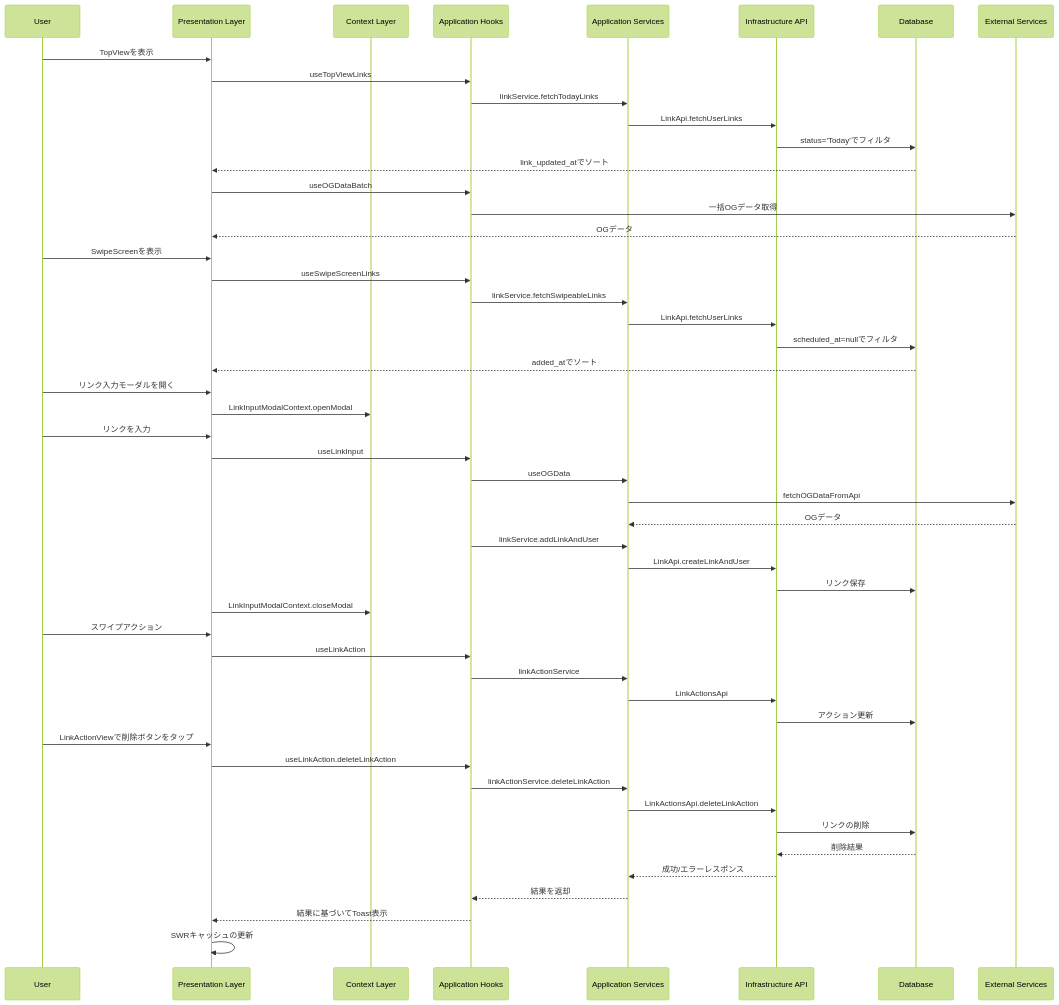
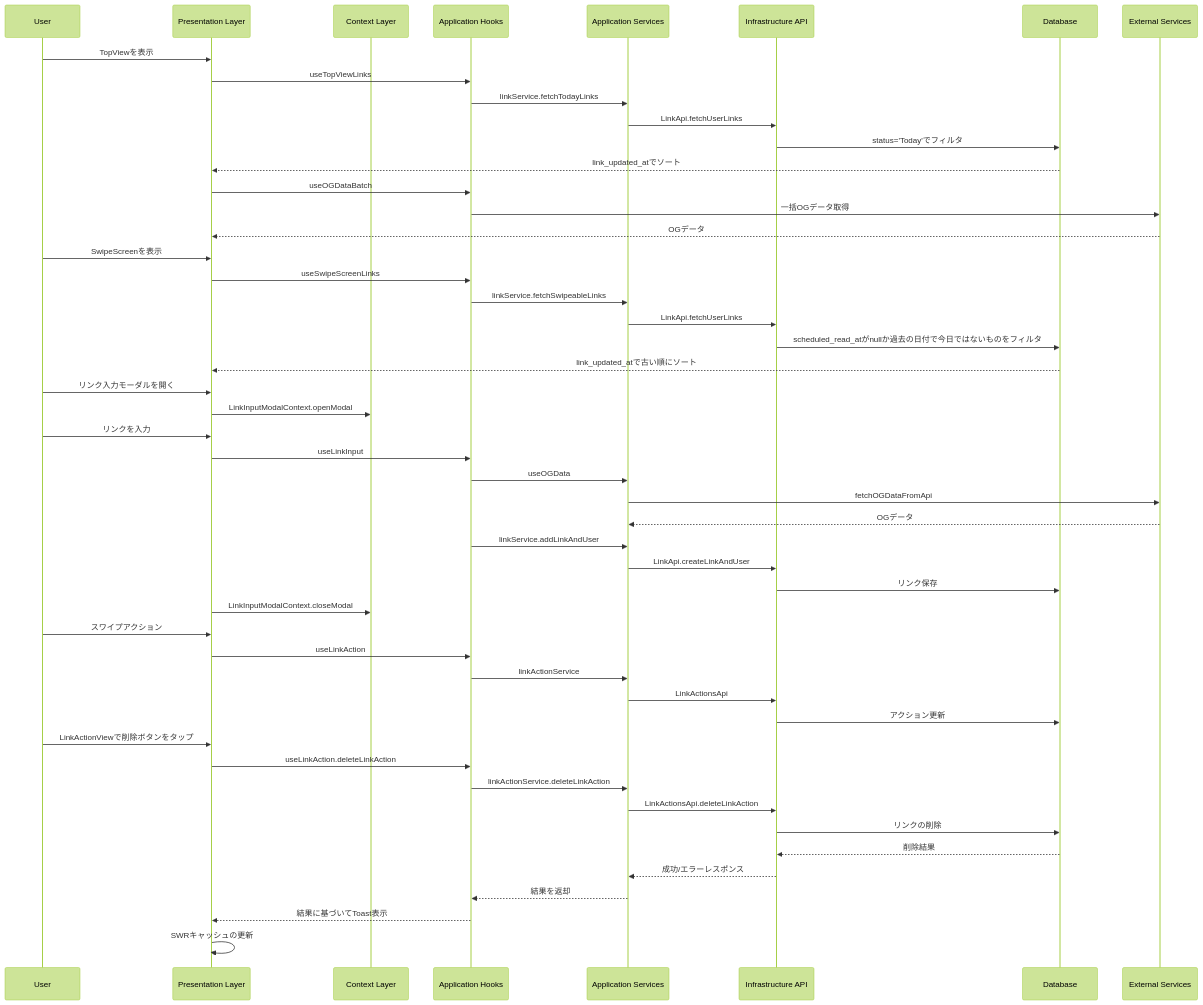
Before and after one commit to sooom1627/Linpe: the second of 2 diagrams in feature/links/docs/architecture.md, drawn with Mermaid (forest theme). The commit also changed other lines of this file and 3 other files, not shown here.

````diff
--- a/feature/links/docs/architecture.md
+++ b/feature/links/docs/architecture.md
@@ -118,62 +118,62 @@
 ```mermaid
 sequenceDiagram
     participant User
     participant UI as Presentation Layer
     participant Context as Context Layer
     participant Hook as Application Hooks
     participant Service as Application Services
     participant API as Infrastructure API
     participant DB as Database
     participant External as External Services
 
     %% リンク一覧表示フロー（TopView）
     User->>UI: TopViewを表示
     UI->>Hook: useTopViewLinks
     Hook->>Service: linkService.fetchTodayLinks
     Service->>API: LinkApi.fetchUserLinks
     API->>DB: status='Today'でフィルタ
     DB-->>UI: link_updated_atでソート
     UI->>Hook: useOGDataBatch
     Hook->>External: 一括OGデータ取得
     External-->>UI: OGデータ
 
     %% スワイプ画面表示フロー
     User->>UI: SwipeScreenを表示
     UI->>Hook: useSwipeScreenLinks
     Hook->>Service: linkService.fetchSwipeableLinks
     Service->>API: LinkApi.fetchUserLinks
-    API->>DB: scheduled_at=nullでフィルタ
-    DB-->>UI: added_atでソート
+    API->>DB: scheduled_read_atがnullか過去の日付で今日ではないものをフィルタ
+    DB-->>UI: link_updated_atで古い順にソート
 
     %% リンク入力フロー
     User->>UI: リンク入力モーダルを開く
     UI->>Context: LinkInputModalContext.openModal
     User->>UI: リンクを入力
     UI->>Hook: useLinkInput
     Hook->>Service: useOGData
     Service->>External: fetchOGDataFromApi
     External-->>Service: OGデータ
     Hook->>Service: linkService.addLinkAndUser
     Service->>API: LinkApi.createLinkAndUser
     API->>DB: リンク保存
     UI->>Context: LinkInputModalContext.closeModal
 
     %% スワイプアクション
     User->>UI: スワイプアクション
     UI->>Hook: useLinkAction
     Hook->>Service: linkActionService
     Service->>API: LinkActionsApi
     API->>DB: アクション更新
 
     %% リンク削除フロー
     User->>UI: LinkActionViewで削除ボタンをタップ
     UI->>Hook: useLinkAction.deleteLinkAction
     Hook->>Service: linkActionService.deleteLinkAction
     Service->>API: LinkActionsApi.deleteLinkAction
     API->>DB: リンクの削除
     DB-->>API: 削除結果
     API-->>Service: 成功/エラーレスポンス
     Service-->>Hook: 結果を返却
     Hook-->>UI: 結果に基づいてToast表示
     UI->>UI: SWRキャッシュの更新
 ```
````
